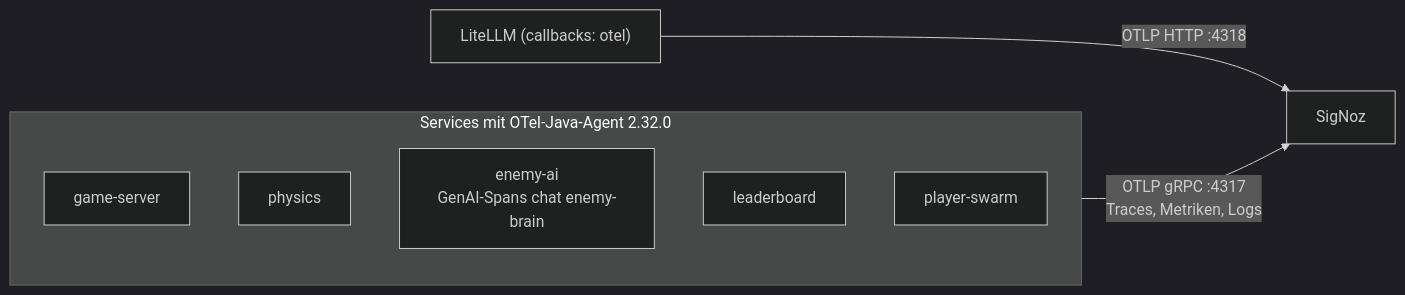
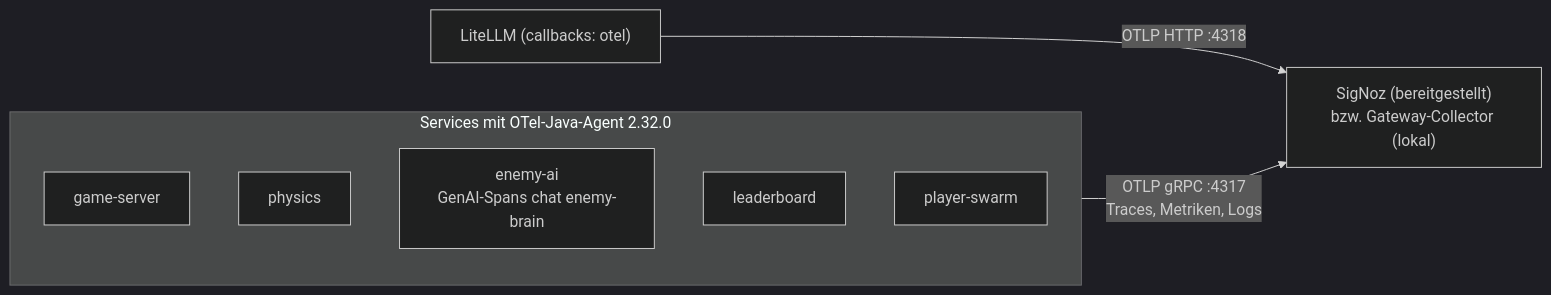
Before and after one commit to c-kaiser/u-boot-arcade: the first of 3 diagrams in arc-doc/07-Verteilungssicht/07-05-Telemetrie-Fluss.md, drawn with Mermaid (dark theme). The commit also changed other lines of this file and 20 other files, not shown here.

````diff
--- a/arc-doc/07-Verteilungssicht/07-05-Telemetrie-Fluss.md
+++ b/arc-doc/07-Verteilungssicht/07-05-Telemetrie-Fluss.md
@@ -14,13 +14,13 @@
 ```mermaid
 flowchart LR
     subgraph App["Services mit OTel-Java-Agent 2.32.0"]
         GS["game-server"]
         PH["physics"]
         AI["enemy-ai<br/>GenAI-Spans chat enemy-brain"]
         LB["leaderboard"]
         SW["player-swarm"]
     end
     LL["LiteLLM (callbacks: otel)"]
-    App -- "OTLP gRPC :4317<br/>Traces, Metriken, Logs" --> SZ["SigNoz"]
+    App -- "OTLP gRPC :4317<br/>Traces, Metriken, Logs" --> SZ["SigNoz (bereitgestellt)<br/>bzw. Gateway-Collector (lokal)"]
     LL -- "OTLP HTTP :4318" --> SZ
 ```
````
